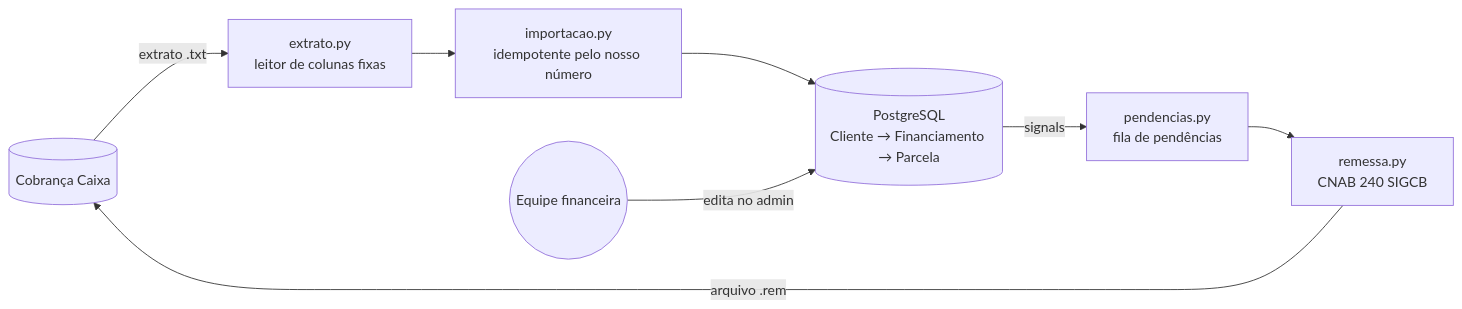
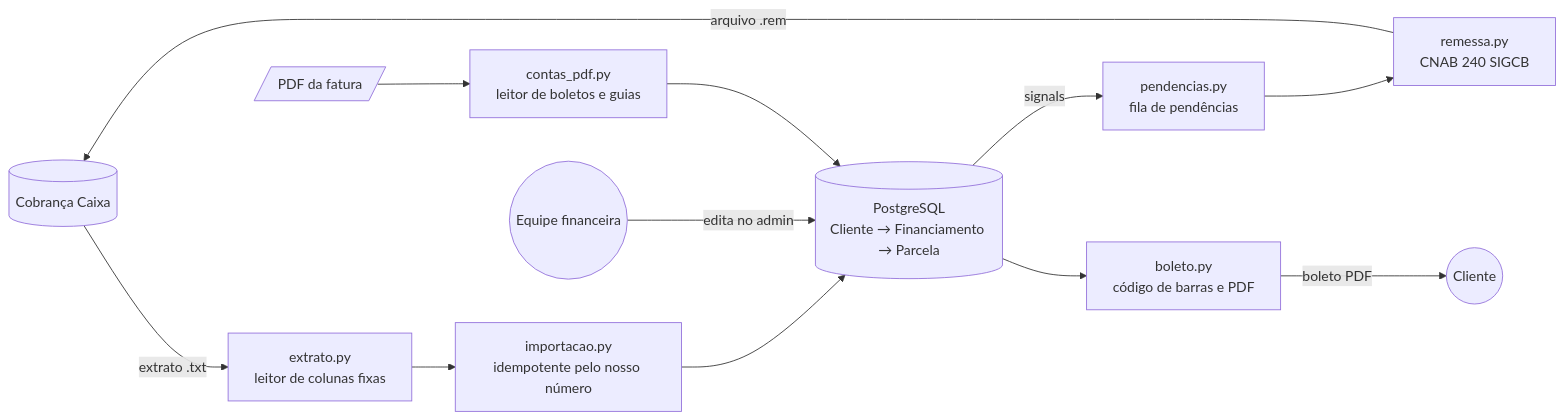
The diagram in README.md (PedroBrock/carteira-portfolio), drawn with Mermaid before and after one commit. The commit also changed other lines of this file and 70 other files, not shown here.

````diff
--- a/README.md
+++ b/README.md
@@ -55,10 +64,14 @@
 ```mermaid
 flowchart LR
     Banco[(Cobrança Caixa)] -- "extrato .txt" --> Leitor[extrato.py<br/>leitor de colunas fixas]
     Leitor --> Importacao[importacao.py<br/>idempotente pelo nosso número]
     Importacao --> BD[(PostgreSQL<br/>Cliente → Financiamento → Parcela)]
     Usuario((Equipe financeira)) -- "edita no admin" --> BD
     BD -- "signals" --> Pendencias[pendencias.py<br/>fila de pendências]
     Pendencias --> Remessa[remessa.py<br/>CNAB 240 SIGCB]
     Remessa -- "arquivo .rem" --> Banco
+    BD --> Boleto[boleto.py<br/>código de barras e PDF]
+    Boleto -- "boleto PDF" --> Cliente((Cliente))
+    Fatura[/"PDF da fatura"/] --> ContasPdf[contas_pdf.py<br/>leitor de boletos e guias]
+    ContasPdf --> BD
 ```
````
